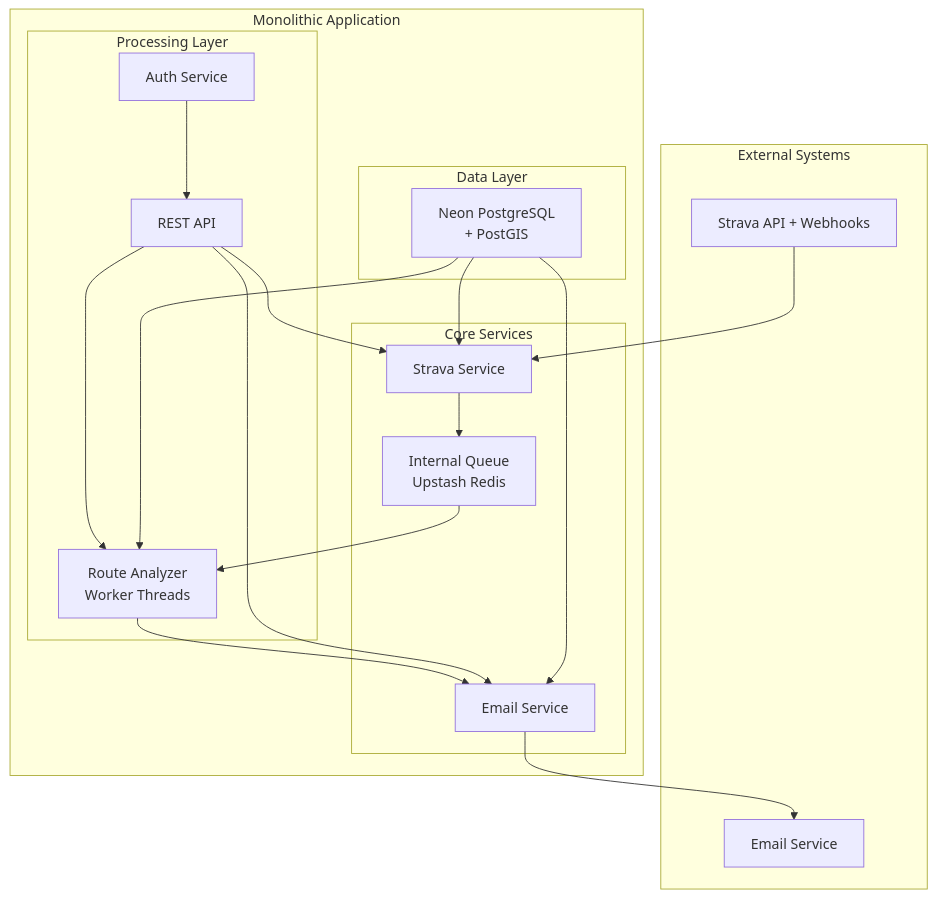
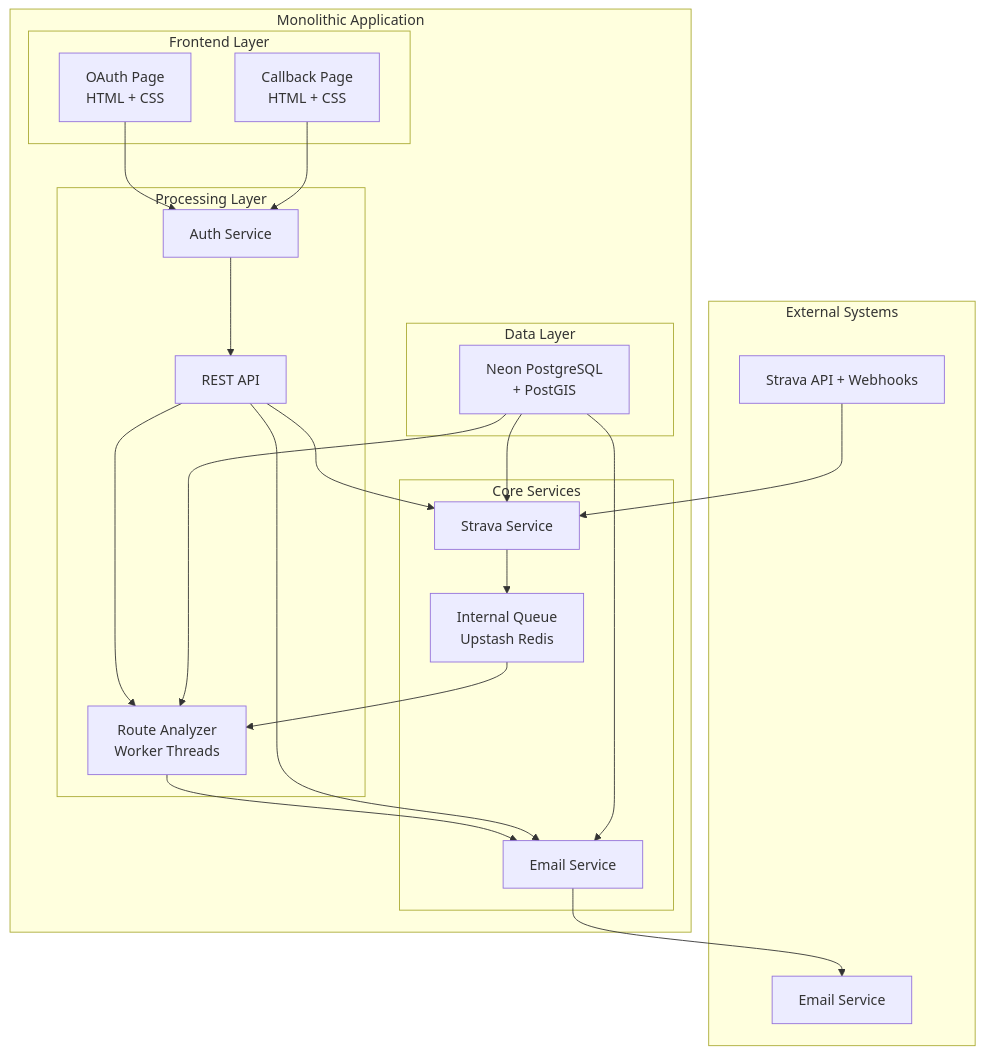
Before and after one commit to kamilmateusiak/strava-vagabond: the diagram in docs/technical-design/04-architecture-design.md, drawn with Mermaid. The commit also changed other lines of this file and 4 other files, not shown here.

First line of the commit message:
feat: add minimal frontend requirements for OAuth flow

````diff
--- a/docs/technical-design/04-architecture-design.md
+++ b/docs/technical-design/04-architecture-design.md
@@ -15,40 +15,48 @@
 ```mermaid
 graph TB
     subgraph "External Systems"
         StravaAPI[Strava API + Webhooks]
         EmailService[Email Service]
     end
     
     subgraph "Monolithic Application"
+        subgraph "Frontend Layer"
+            OAuthPage[OAuth Page<br/>HTML + CSS]
+            CallbackPage[Callback Page<br/>HTML + CSS]
+        end
+        
         subgraph "Core Services"
             Strava[Strava Service]
             InternalQueue[Internal Queue<br/>Upstash Redis]
             Email[Email Service]
         end
         
         subgraph "Processing Layer"
             REST[REST API]
             RouteAnalyzer[Route Analyzer<br/>Worker Threads]
             Auth[Auth Service]
         end
         
         subgraph "Data Layer"
             NeonDB[Neon PostgreSQL<br/>+ PostGIS]
         end
     end
     
     StravaAPI --> Strava
     Strava --> InternalQueue
     InternalQueue --> RouteAnalyzer
     RouteAnalyzer --> Email
     Email --> EmailService
     
+    OAuthPage --> Auth
+    CallbackPage --> Auth
+    Auth --> REST
+    
     REST --> Strava
     REST --> RouteAnalyzer
     REST --> Email
     
-    Auth --> REST
     NeonDB --> Strava
     NeonDB --> RouteAnalyzer
     NeonDB --> Email
 ```
````
